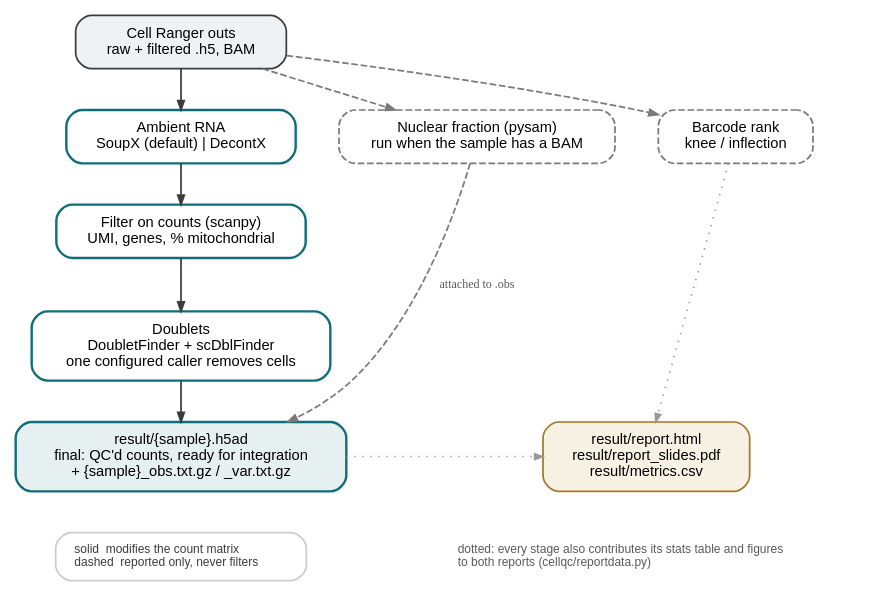
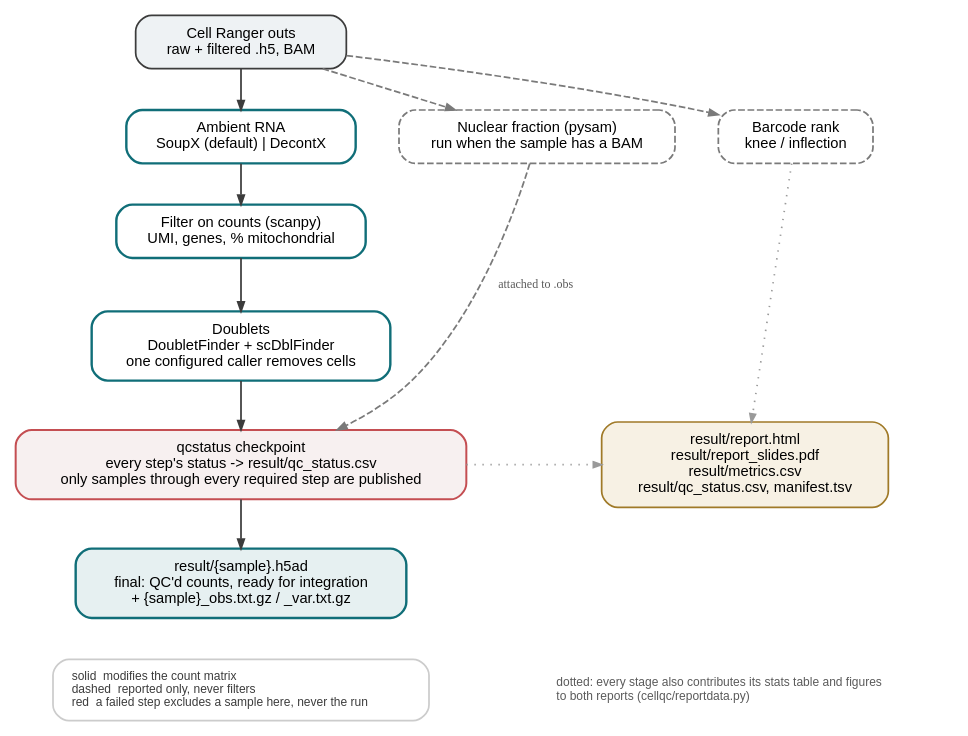
One commit to lijinbio/cellqc changed the diagram in docs/workflow.dot. Above: the diagram before and after it, drawn with Graphviz. The commit also changed 39 other files, not shown here.

First line of the commit message:
v0.3.4: per-sample failure tolerance

```diff
--- a/docs/workflow.dot
+++ b/docs/workflow.dot
@@ -1,63 +1,70 @@
-/* cellqc v0.2.0 pipeline overview -- source for docs/workflow.png.
+/* cellqc pipeline overview (v0.2.0; qcstatus gate added in v0.3.4) -- source for docs/workflow.png.
  *
  * Regenerate with docs/make_figures.sh (or: dot -Tpng -Gdpi=300 docs/workflow.dot
  * -o docs/workflow.png). Keeping the source in the repo is why the v0.1.0
  * diagram could go stale for a whole release: it existed only as a PNG.
  *
  * The one distinction the diagram has to carry is which steps touch the counts.
  * Solid = the count matrix is modified. Dashed = computed and reported, never
  * used to drop a cell.
+ *
+ * v0.3.4: every per-sample step records ok / fallback / failed / skipped, and
+ * the qcstatus checkpoint decides which samples reach result/. A failure is a
+ * recorded outcome, not the end of the run.
  */
 digraph cellqc {
 	graph [bgcolor=white, rankdir=TB, nodesep=0.45, ranksep=0.40, fontname="Helvetica"];
 	node [shape=box, style="rounded,filled", fillcolor="#ffffff", color="#3c3c3c",
 		fontname="Helvetica", fontsize=11, penwidth=1.3, margin="0.20,0.11"];
 	edge [color="#3c3c3c", penwidth=1.3, arrowsize=0.7];
 
 	cr [label="Cell Ranger outs\nraw + filtered .h5, BAM", fillcolor="#eef2f4"];
 
 	/* Counts path: each of these rewrites the matrix. */
 	ambient [label="Ambient RNA\nSoupX (default) | DecontX", color="#106e78", penwidth=1.8];
 	filter  [label="Filter on counts (scanpy)\nUMI, genes, % mitochondrial", color="#106e78", penwidth=1.8];
 	doublet [label="Doublets\nDoubletFinder + scDblFinder\none configured caller removes cells",
 		color="#106e78", penwidth=1.8];
+	gate    [label="qcstatus checkpoint\nevery step's status -> result/qc_status.csv\nonly samples through every required step are published",
+		shape=box, style="rounded,filled", fillcolor="#f7f0f0", color="#c44e52", penwidth=1.5];
 	post    [label="result/{sample}.h5ad\nfinal: QC'd counts, ready for integration\n+ {sample}_obs.txt.gz / _var.txt.gz",
 		fillcolor="#e6f0f1", color="#106e78", penwidth=1.8];
 
 	/* Diagnostics: reported, never applied. */
 	knee [label="Barcode rank\nknee / inflection",
 		style="rounded,dashed,filled", color="#7a7a7a"];
 	nf   [label="Nuclear fraction (pysam)\nrun when the sample has a BAM",
 		style="rounded,dashed,filled", color="#7a7a7a"];
 
-	reports [label="result/report.html\nresult/report_slides.pdf\nresult/metrics.csv",
+	reports [label="result/report.html\nresult/report_slides.pdf\nresult/metrics.csv\nresult/qc_status.csv, manifest.tsv",
 		fillcolor="#f7f1e4", color="#a07a28"];
 
 	/* Main chain, weighted so it stays a straight vertical spine. */
 	cr -> ambient [weight=10];
 	ambient -> filter [weight=10];
 	filter -> doublet [weight=10];
-	doublet -> post [weight=10];
+	doublet -> gate [weight=10];
+	gate -> post [weight=10];
 
 	cr -> knee [style=dashed, color="#7a7a7a"];
 	cr -> nf   [style=dashed, color="#7a7a7a"];
-	nf -> post [style=dashed, color="#7a7a7a", label=" attached to .obs",
+	nf -> gate [style=dashed, color="#7a7a7a", label=" attached to .obs",
 		fontsize=9, fontcolor="#5a5a5a"];
 
 	/* Both reports are built from one collected set of stats, so the HTML and
 	 * the slides cannot describe different runs. */
-	post -> reports [style=dotted, color="#9a9a9a", arrowsize=0.6];
+	gate -> reports [style=dotted, color="#9a9a9a", arrowsize=0.6];
 	knee -> reports [style=dotted, color="#9a9a9a", arrowsize=0.6];
 
 	note [shape=plaintext, style="", fontsize=9, fontcolor="#5a5a5a",
 		label="dotted: every stage also contributes its stats table and figures\lto both reports (cellqc/reportdata.py)\l"];
 	reports -> note [style=invis];
 
 	legend [shape=box, style="rounded", color="#cccccc", fontsize=9, fontcolor="#3c3c3c",
-		label="solid  modifies the count matrix\ldashed  reported only, never filters\l"];
+		label="solid  modifies the count matrix\ldashed  reported only, never filters\lred  a failed step excludes a sample here, never the run\l"];
 	post -> legend [style=invis];
 
 	{ rank=same; knee; ambient; nf; }
-	{ rank=same; post; reports; }
+	{ rank=same; gate; reports; }
 	{ rank=same; legend; note; }
 }
```
